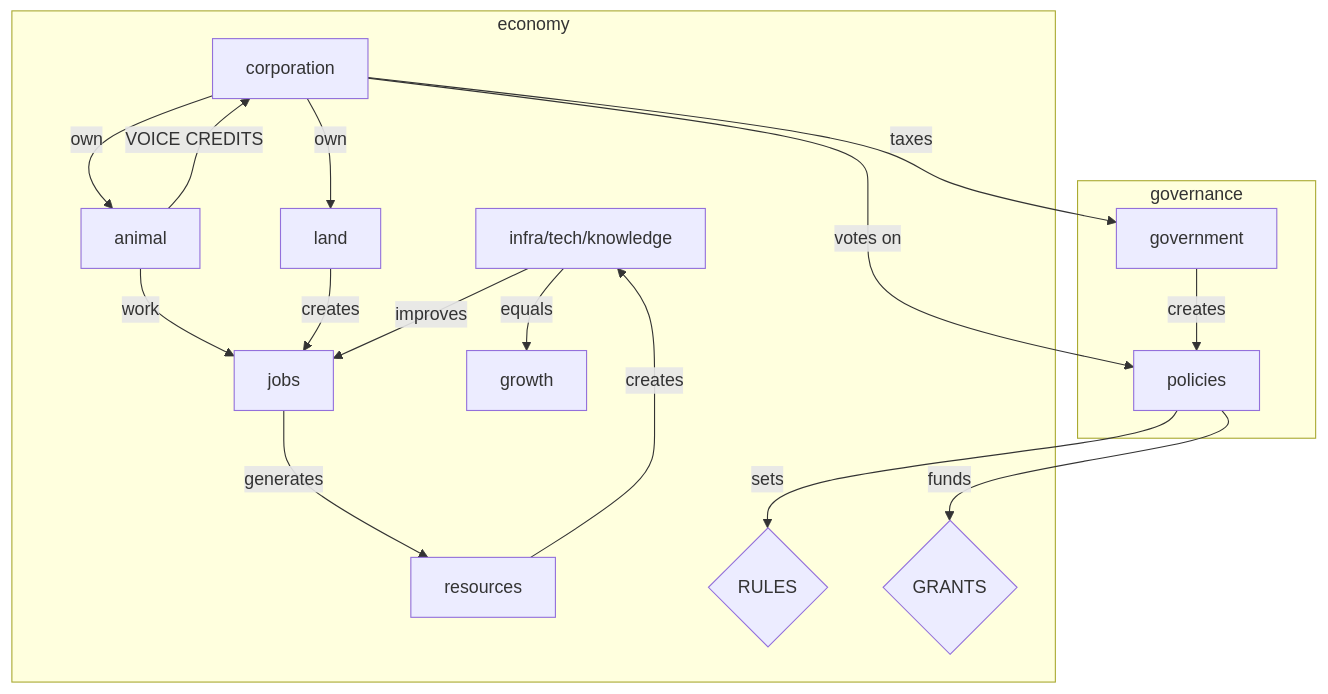
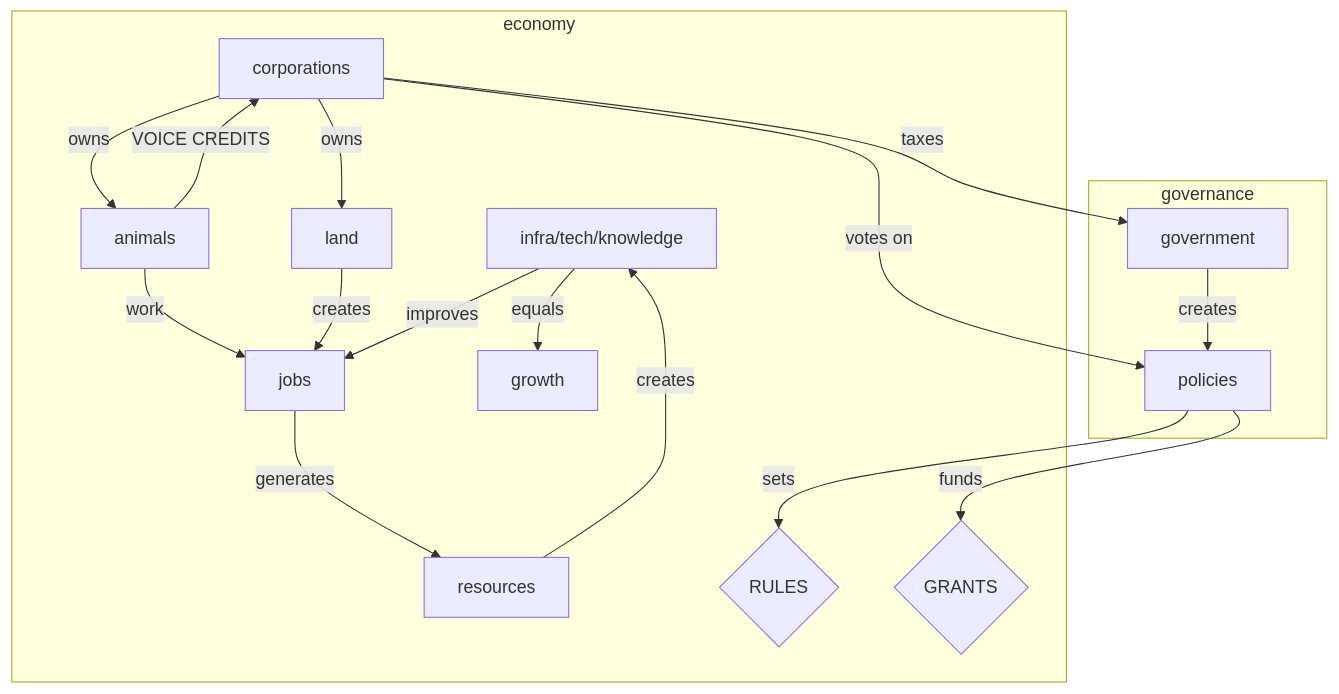
The diagram in potatocbg/potato.mmd (minimapletinytools/WCBG), drawn with Mermaid before and after one commit. The commit also changed 5 other files, not shown here.

```diff
--- a/potatocbg/potato.mmd
+++ b/potatocbg/potato.mmd
@@ -1,28 +1,28 @@
 graph TD
 
 subgraph economy
 development[infra/tech/knowledge]
 
-corporation -->|own| animal
-corporation -->|own| land
+corporations -->|owns| animals
+corporations -->|owns| land
 
-animal -->|work| jobs
-animal -->|VOICE CREDITS| corporation
+animals -->|work| jobs
+animals -->|VOICE CREDITS| corporations
 land -->|creates| jobs
 
 jobs -->|generates| resources
 resources -->|creates| development
 development -->|improves| jobs
 development -->|equals| growth
 
 rules{RULES}
 funding{GRANTS}
 end
 
 subgraph governance
-corporation -->|taxes| government
+corporations -->|taxes| government
 government -->|creates| policies
-corporation -->|votes on| policies
+corporations -->|votes on| policies
 policies -->|sets| rules
 policies -->|funds| funding
 end
```
